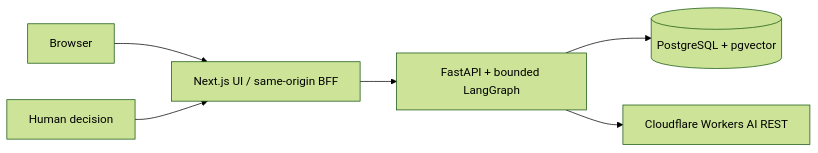
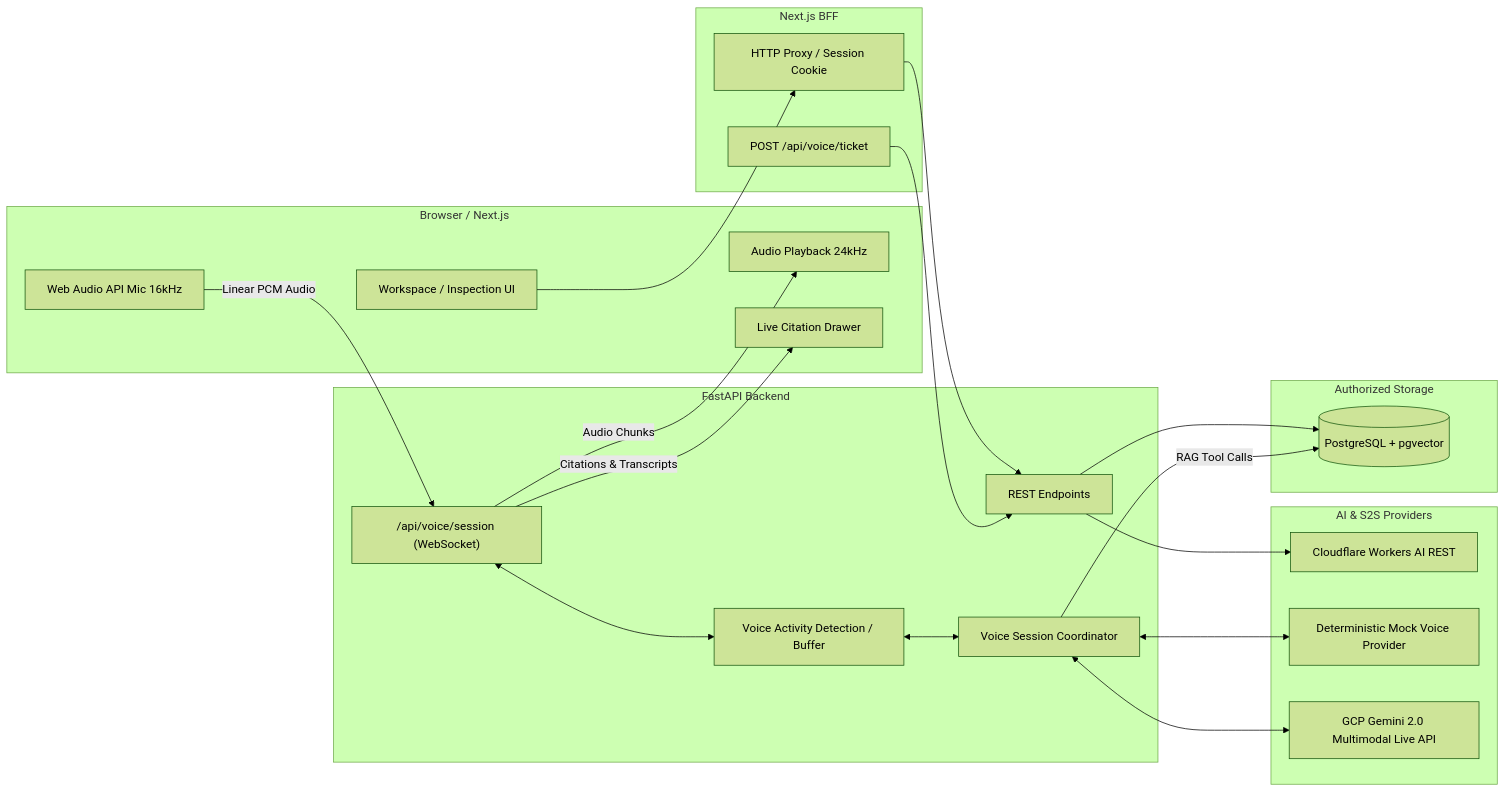
One commit to UmitVice/evidencedesk changed the diagram in README.md. Above: the diagram before and after it, drawn with Mermaid (forest theme). The commit also changed other lines of this file and 1 other file, not shown here.

Commit message:
docs(voice): document s2s architecture, gcp gemini live, and voice evals

````diff
--- a/README.md
+++ b/README.md
@@ -38,8 +38,42 @@
 ```mermaid
 flowchart LR
-    Browser --> Next[Next.js UI / same-origin BFF]
-    Next --> API[FastAPI + bounded LangGraph]
-    API --> DB[(PostgreSQL + pgvector)]
-    API --> AI[Cloudflare Workers AI REST]
-    Human[Human decision] --> Next
+    subgraph Client [Browser / Next.js]
+        WebUI[Workspace / Inspection UI]
+        Mic[Web Audio API Mic 16kHz]
+        Spk[Audio Playback 24kHz]
+        Cards[Live Citation Drawer]
+    end
+
+    subgraph BFF [Next.js BFF]
+        AuthProxy[HTTP Proxy / Session Cookie]
+        TicketGen[POST /api/voice/ticket]
+    end
+
+    subgraph API [FastAPI Backend]
+        REST[REST Endpoints]
+        WS["/api/voice/session (WebSocket)"]
+        VAD[Voice Activity Detection / Buffer]
+        Router[Voice Session Coordinator]
+    end
+
+    subgraph Providers [AI & S2S Providers]
+        CF[Cloudflare Workers AI REST]
+        MockVoice[Deterministic Mock Voice Provider]
+        GeminiLive[GCP Gemini 2.0 Multimodal Live API]
+    end
+
+    subgraph Storage [Authorized Storage]
+        DB[(PostgreSQL + pgvector)]
+    end
+
+    WebUI --> AuthProxy --> REST --> DB
+    REST --> CF
+    TicketGen --> REST
+    Mic -->|Linear PCM Audio| WS
+    WS -->|Audio Chunks| Spk
+    WS -->|Citations & Transcripts| Cards
+    WS <--> VAD <--> Router
+    Router <--> MockVoice
+    Router <--> GeminiLive
+    Router -->|RAG Tool Calls| DB
 ```
````
